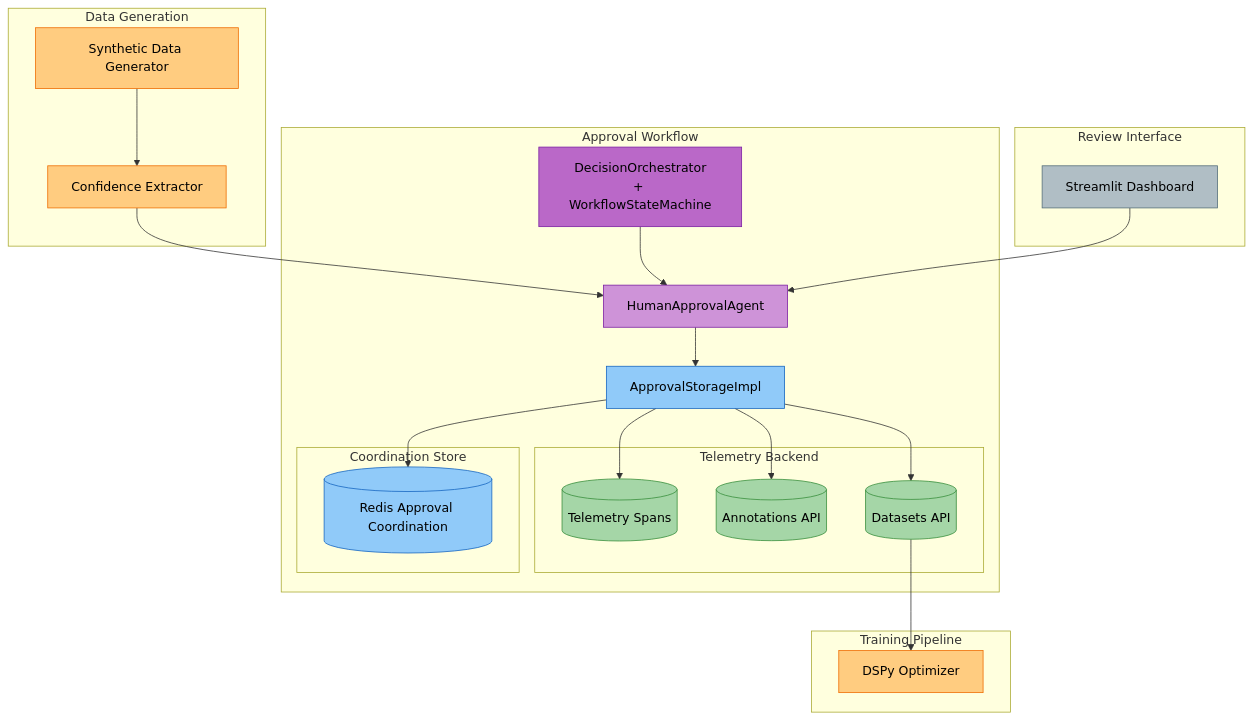
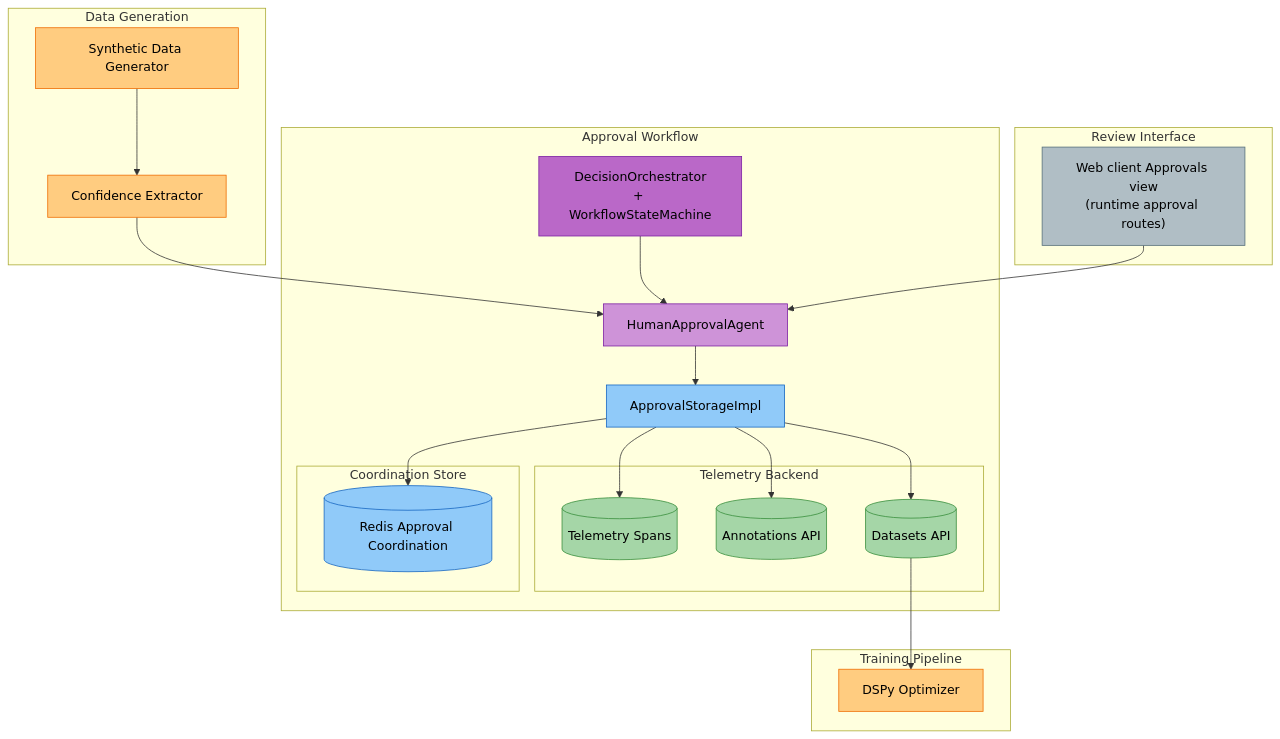
One commit to amit-jain/cogniverse changed the first of 2 diagrams in docs/modules/approval-workflow.md. Above: the diagram before and after it, drawn with Mermaid. The commit also changed other lines of this file and 22 other files, not shown here.

First line of the commit message:
Point the docs to the web client

````diff
--- a/docs/modules/approval-workflow.md
+++ b/docs/modules/approval-workflow.md
@@ -34,55 +34,55 @@
 ```mermaid
 flowchart TB
     subgraph "Data Generation"
         SyntheticGen["<span style='color:#000'>Synthetic Data Generator</span>"]
         Extractor["<span style='color:#000'>Confidence Extractor</span>"]
         SyntheticGen --> Extractor
     end
 
     subgraph "Approval Workflow"
         ApprovalAgent["<span style='color:#000'>HumanApprovalAgent</span>"]
         Orchestrator["<span style='color:#000'>DecisionOrchestrator<br/>+ WorkflowStateMachine</span>"]
         Storage["<span style='color:#000'>ApprovalStorageImpl</span>"]
 
         Extractor --> ApprovalAgent
         Orchestrator --> ApprovalAgent
         ApprovalAgent --> Storage
 
         subgraph "Telemetry Backend"
             Spans[("<span style='color:#000'>Telemetry Spans</span>")]
             Annotations[("<span style='color:#000'>Annotations API</span>")]
             Datasets[("<span style='color:#000'>Datasets API</span>")]
         end
 
         subgraph "Coordination Store"
             Redis[("<span style='color:#000'>Redis Approval Coordination</span>")]
         end
 
         Storage --> Spans
         Storage --> Annotations
         Storage --> Datasets
         Storage --> Redis
     end
 
     subgraph "Review Interface"
-        Dashboard["<span style='color:#000'>Streamlit Dashboard</span>"]
+        Dashboard["<span style='color:#000'>Web client Approvals view<br/>(runtime approval routes)</span>"]
         Dashboard --> ApprovalAgent
     end
 
     subgraph "Training Pipeline"
         Optimizer["<span style='color:#000'>DSPy Optimizer</span>"]
         Datasets --> Optimizer
     end
 
     style SyntheticGen fill:#ffcc80,stroke:#ef6c00,color:#000
     style Extractor fill:#ffcc80,stroke:#ef6c00,color:#000
     style ApprovalAgent fill:#ce93d8,stroke:#7b1fa2,color:#000
     style Orchestrator fill:#ba68c8,stroke:#7b1fa2,color:#000
     style Storage fill:#90caf9,stroke:#1565c0,color:#000
     style Spans fill:#a5d6a7,stroke:#388e3c,color:#000
     style Annotations fill:#a5d6a7,stroke:#388e3c,color:#000
     style Datasets fill:#a5d6a7,stroke:#388e3c,color:#000
     style Redis fill:#90caf9,stroke:#1565c0,color:#000
     style Dashboard fill:#b0bec5,stroke:#546e7a,color:#000
     style Optimizer fill:#ffcc80,stroke:#ef6c00,color:#000
 ```
````
